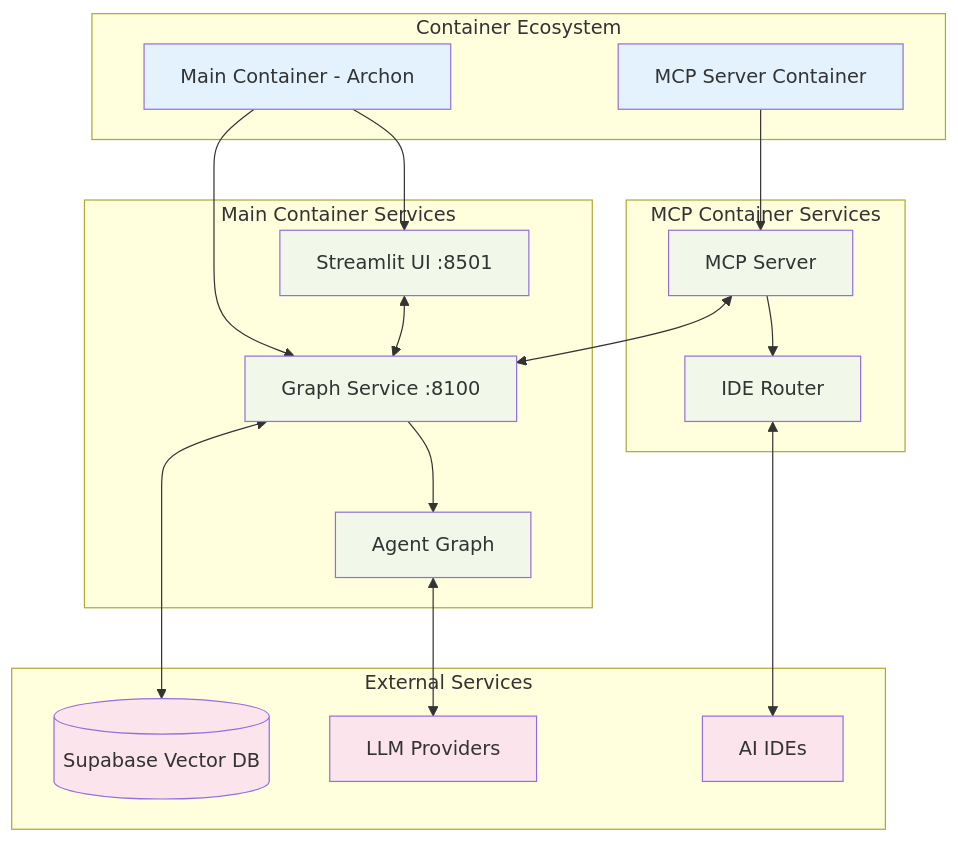
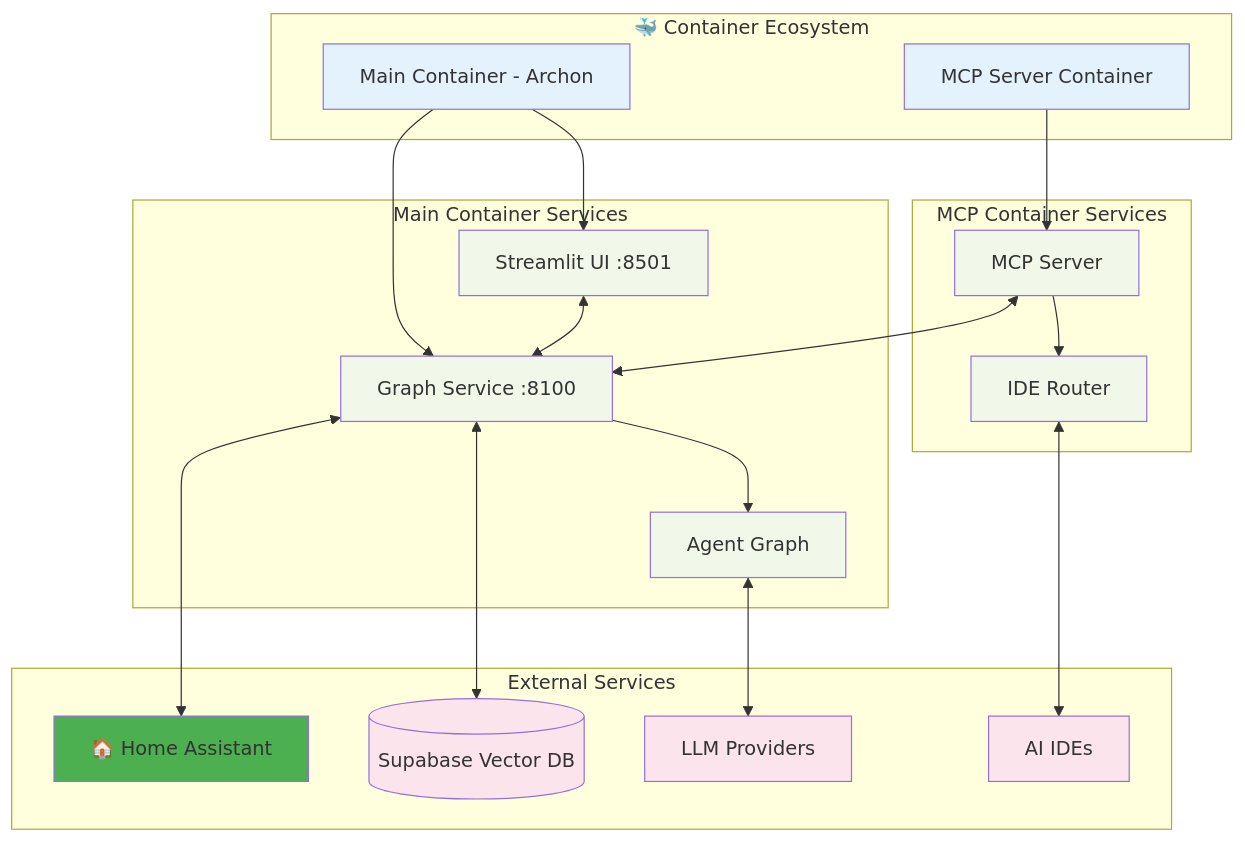
One commit to EchoCog/Archon changed the sixth of 8 diagrams in docs/ARCHITECTURE.md. Above: the diagram before and after it, drawn with Mermaid. The commit also changed other lines of this file and 6 other files, not shown here.

Commit message:
Enhance README and add comprehensive Home Assistant integration documentation

````diff
--- a/docs/ARCHITECTURE.md
+++ b/docs/ARCHITECTURE.md
@@ -450,45 +450,49 @@
 ```mermaid
 graph TD
-    subgraph "Container Ecosystem"
+    subgraph "🐳 Container Ecosystem"
         MC[Main Container - Archon]
         MCPS[MCP Server Container]
     end
     
     subgraph "Main Container Services"
         UI[Streamlit UI :8501]
         GS[Graph Service :8100]
         AG[Agent Graph]
     end
     
     subgraph "MCP Container Services"
         MS[MCP Server]
         IR[IDE Router]
     end
     
     subgraph "External Services"
         SB[(Supabase Vector DB)]
         LLMP[LLM Providers]
         IDES[AI IDEs]
+        HA_EXT[🏠 Home Assistant]
     end
     
     MC --> UI
     MC --> GS
     GS --> AG
     
     MCPS --> MS
     MS --> IR
     
     UI <--> GS
     GS <--> SB
     AG <--> LLMP
     IR <--> IDES
     MS <--> GS
+    GS <--> HA_EXT
     
     classDef container fill:#e3f2fd
     classDef service fill:#f1f8e9
     classDef external fill:#fce4ec
+    classDef homeassistant fill:#4caf50
     
     class MC,MCPS container
     class UI,GS,AG,MS,IR service
     class SB,LLMP,IDES external
+    class HA_EXT homeassistant
 ```
````
